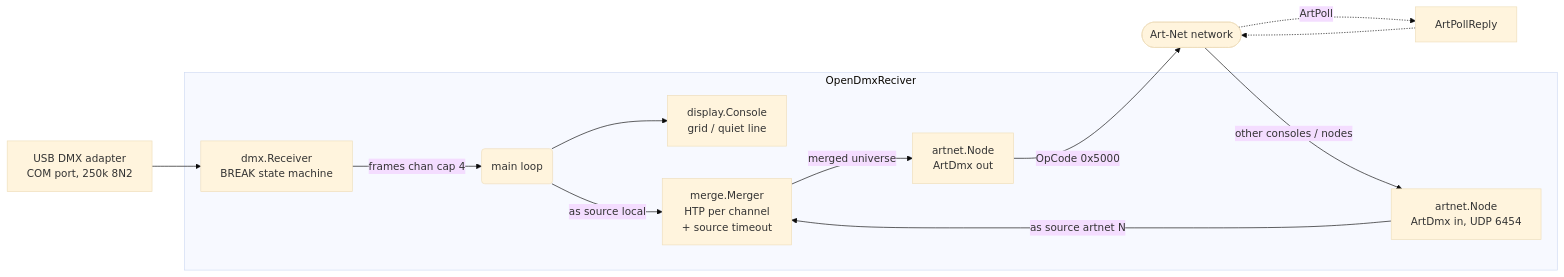
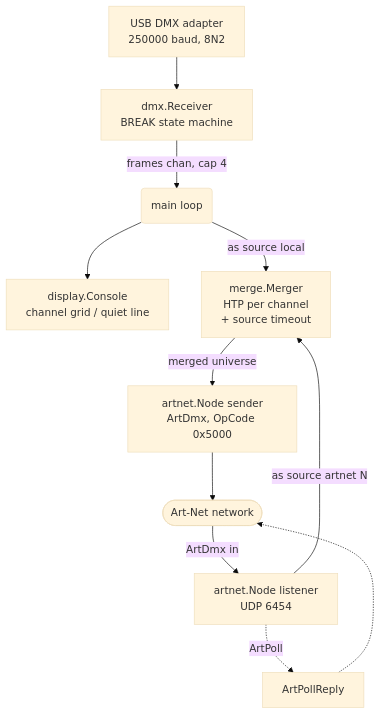
The diagram in README.md (McHauge/OpenDmxReciverToArtnet), drawn with Mermaid (base theme) before and after one commit.

Commit message:
better diagram

````diff
--- a/README.md
+++ b/README.md
@@ -62,17 +62,16 @@
 ```mermaid
-flowchart LR
-    ADAPTER[USB DMX adapter<br/>COM port, 250k 8N2] --> RX
+flowchart TD
+    ADAPTER[USB DMX adapter<br/>250000 baud, 8N2] --> RX
+    RX[dmx.Receiver<br/>BREAK state machine] -->|frames chan, cap 4| MAIN(main loop)
 
-    subgraph app [OpenDmxReciver]
-        RX[dmx.Receiver<br/>BREAK state machine] -->|frames chan cap 4| MAIN(main loop)
-        MAIN --> DISP[display.Console<br/>grid / quiet line]
-        MAIN -->|as source local| MERGE[merge.Merger<br/>HTP per channel<br/>+ source timeout]
-        MERGE -->|merged universe| OUT[artnet.Node<br/>ArtDmx out]
-        IN[artnet.Node<br/>ArtDmx in, UDP 6454] -->|as source artnet N| MERGE
-    end
+    MAIN --> DISP[display.Console<br/>channel grid / quiet line]
+    MAIN -->|as source local| MERGE
 
-    OUT -->|OpCode 0x5000| NET([Art-Net network])
-    NET -->|other consoles / nodes| IN
-    NET -.->|ArtPoll| POLL[ArtPollReply]
-    POLL -.-> NET
+    NET([Art-Net network]) -->|ArtDmx in| IN[artnet.Node listener<br/>UDP 6454]
+    IN -->|as source artnet N| MERGE[merge.Merger<br/>HTP per channel<br/>+ source timeout]
+
+    MERGE -->|merged universe| OUT[artnet.Node sender<br/>ArtDmx, OpCode 0x5000]
+    OUT --> NET
+
+    IN -.->|ArtPoll| REPLY[ArtPollReply] -.-> NET
 ```
````
